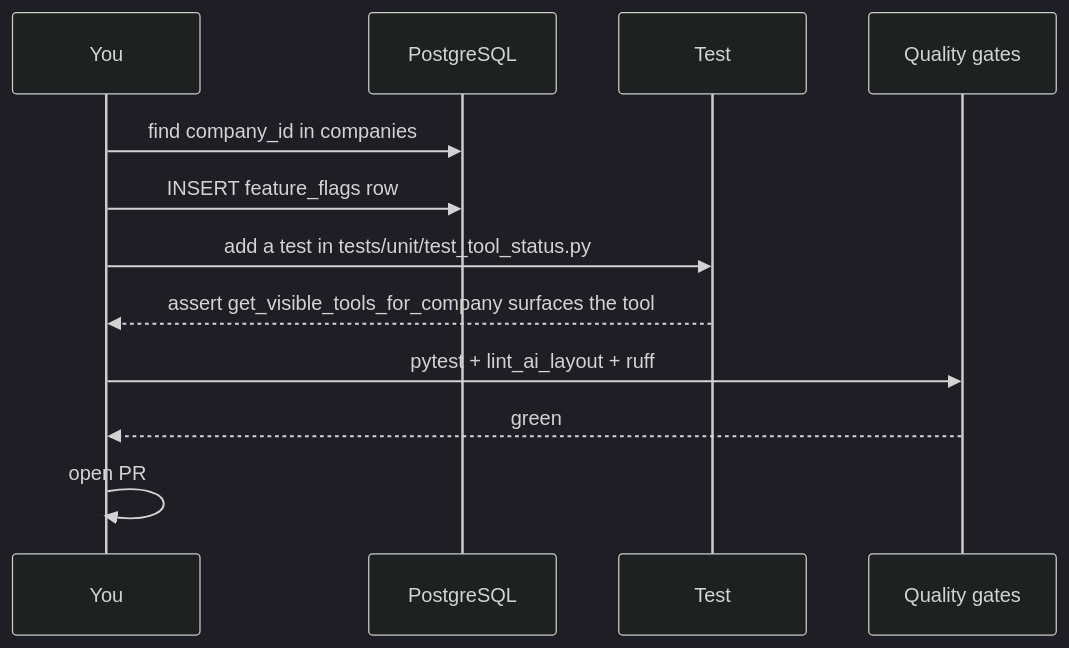
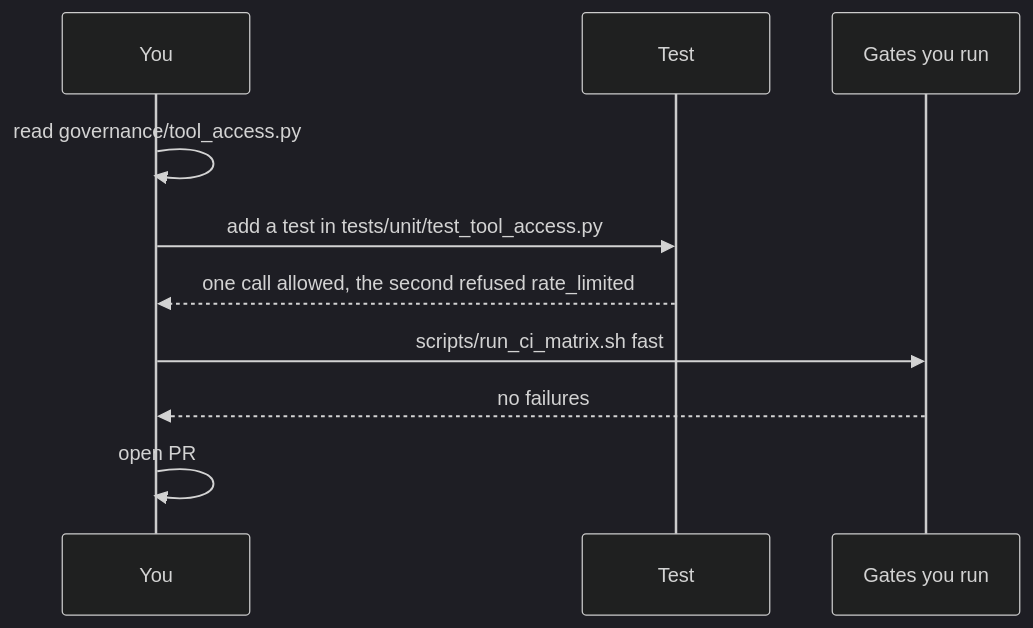
One commit to gondolerahul/hire-buddha-app changed the sixth of 7 diagrams in docs/current/20-onboarding-and-glossary.md. Above: the diagram before and after it, drawn with Mermaid (dark theme). The commit also changed other lines of this file and 22 other files, not shown here.

````diff
--- a/docs/current/20-onboarding-and-glossary.md
+++ b/docs/current/20-onboarding-and-glossary.md
@@ -246,15 +277,13 @@
 ```mermaid
 sequenceDiagram
     participant You
-    participant DB as PostgreSQL
     participant T as Test
-    participant CI as Quality gates
+    participant G as Gates you run
 
-    You->>DB: find company_id in companies
-    You->>DB: INSERT feature_flags row
-    You->>T: add a test in tests/unit/test_tool_status.py
-    T-->>You: assert get_visible_tools_for_company surfaces the tool
-    You->>CI: pytest + lint_ai_layout + ruff
-    CI-->>You: green
+    You->>You: read governance/tool_access.py
+    You->>T: add a test in tests/unit/test_tool_access.py
+    T-->>You: one call allowed, the second refused rate_limited
+    You->>G: scripts/run_ci_matrix.sh fast
+    G-->>You: no failures
     You->>You: open PR
 ```
````
